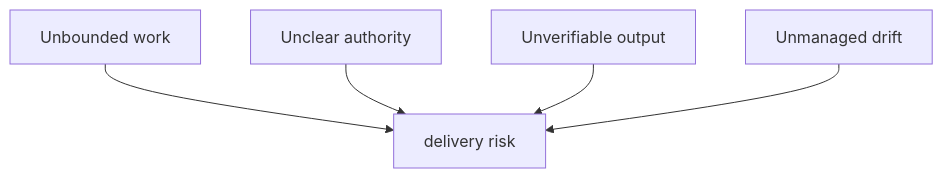
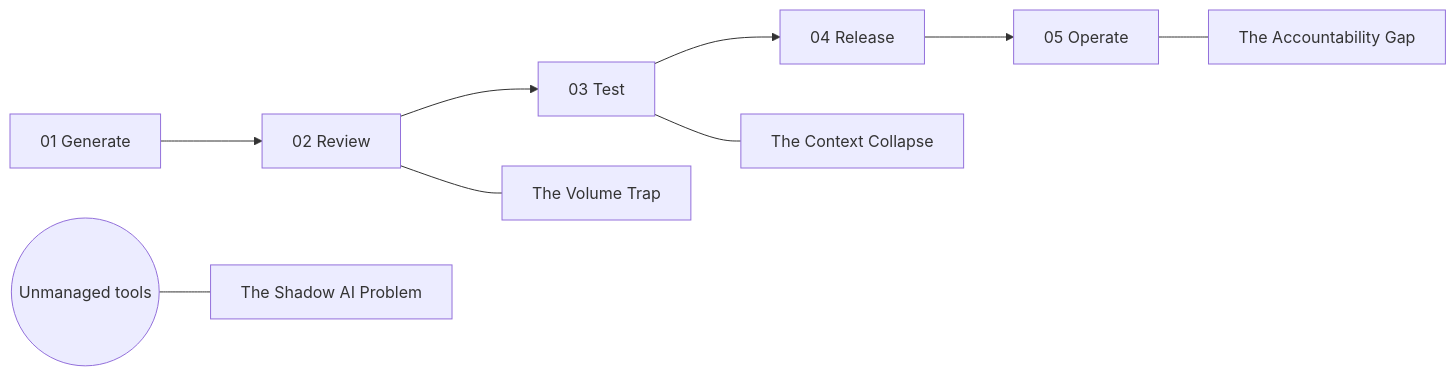
Before and after one commit to miethe/signal_to_system: the diagram in docs/design/imagery/essay-storyboards-v1/governed-agentic-sdlc-01-productivity-paradox.md, drawn with Mermaid. The commit also changed other lines of this file and 10 other files, not shown here.

````diff
--- a/docs/design/imagery/essay-storyboards-v1/governed-agentic-sdlc-01-productivity-paradox.md
+++ b/docs/design/imagery/essay-storyboards-v1/governed-agentic-sdlc-01-productivity-paradox.md
@@ -131,7 +100,8 @@
 ```mermaid
-flowchart TD
-  UW[Unbounded work] --> DR[delivery risk]
-  UA[Unclear authority] --> DR
-  UO[Unverifiable output] --> DR
-  UD[Unmanaged drift] --> DR
+flowchart LR
+  G[01 Generate] --> R[02 Review] --> T[03 Test] --> L[04 Release] --> O[05 Operate]
+  R --- V[The Volume Trap]
+  T --- C[The Context Collapse]
+  O --- A[The Accountability Gap]
+  S((Unmanaged tools)) --- H[The Shadow AI Problem]
 ```
````
